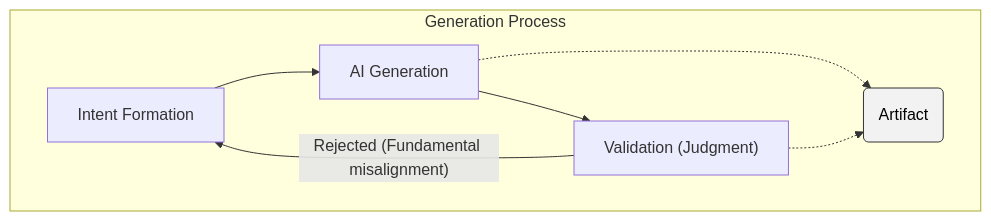
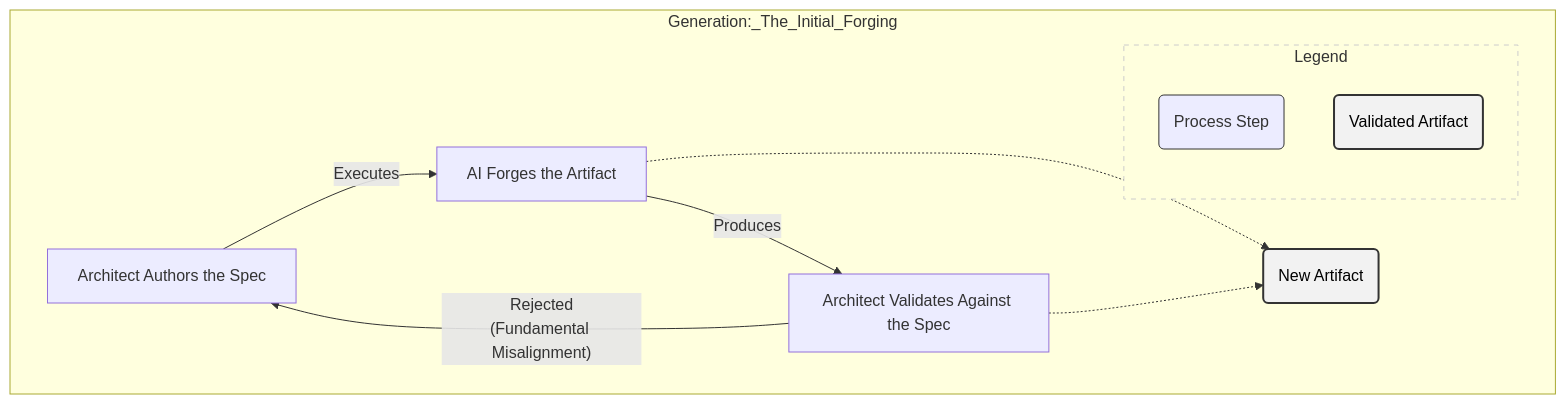
One commit to bahsim/idgl-dev-system changed the first of 2 diagrams in 03-the-artifact-lifecycle.md. Above: the diagram before and after it, drawn with Mermaid. The commit also changed other lines of this file and 27 other files, not shown here.

````diff
--- a/03-the-artifact-lifecycle.md
+++ b/03-the-artifact-lifecycle.md
@@ -21,18 +16,25 @@
 ```mermaid
 graph TD
-    subgraph "Generation Process"
-        A["Intent Formation"]
-        B["AI Generation"]
-        C["Validation (Judgment)"]
-        F(Artifact)
+    subgraph "Generation:_The_Initial_Forging"
+        A["Architect Authors the Spec"]
+        B["AI Forges the Artifact"]
+        C["Architect Validates Against the Spec"]
+        F(New Artifact)
 
-        A --> B
-        B --> C
-        C -- "Rejected (Fundamental misalignment)" --> A
+        A -- "Executes" --> B
+        B -- "Produces" --> C
+        C -- "Rejected<br/>(Fundamental Misalignment)" --> A
+
+        subgraph legend [Legend]
+            style legend stroke:#ccc,stroke-dasharray: 5 5
+            L1(Process Step)
+            L2(Validated Artifact)
+            style L1 stroke:#333
+            style L2 fill:#f2f2f2,stroke:#333,stroke-width:2px,color:#000
+        end
 
         B -.-> F
         C -.-> F
-
-        style F fill:#f2f2f2,stroke:#333,stroke-width:1px,color:#000
+        style F fill:#f2f2f2,stroke:#333,stroke-width:2px,color:#000
     end
 ```
````
